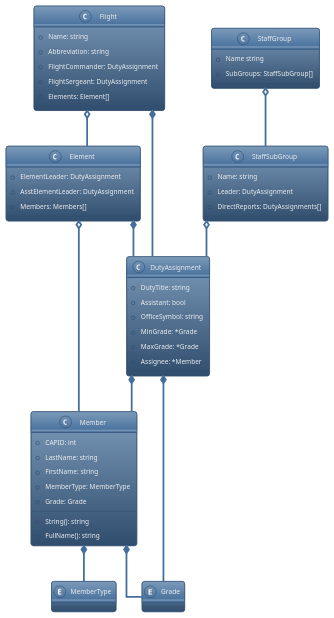
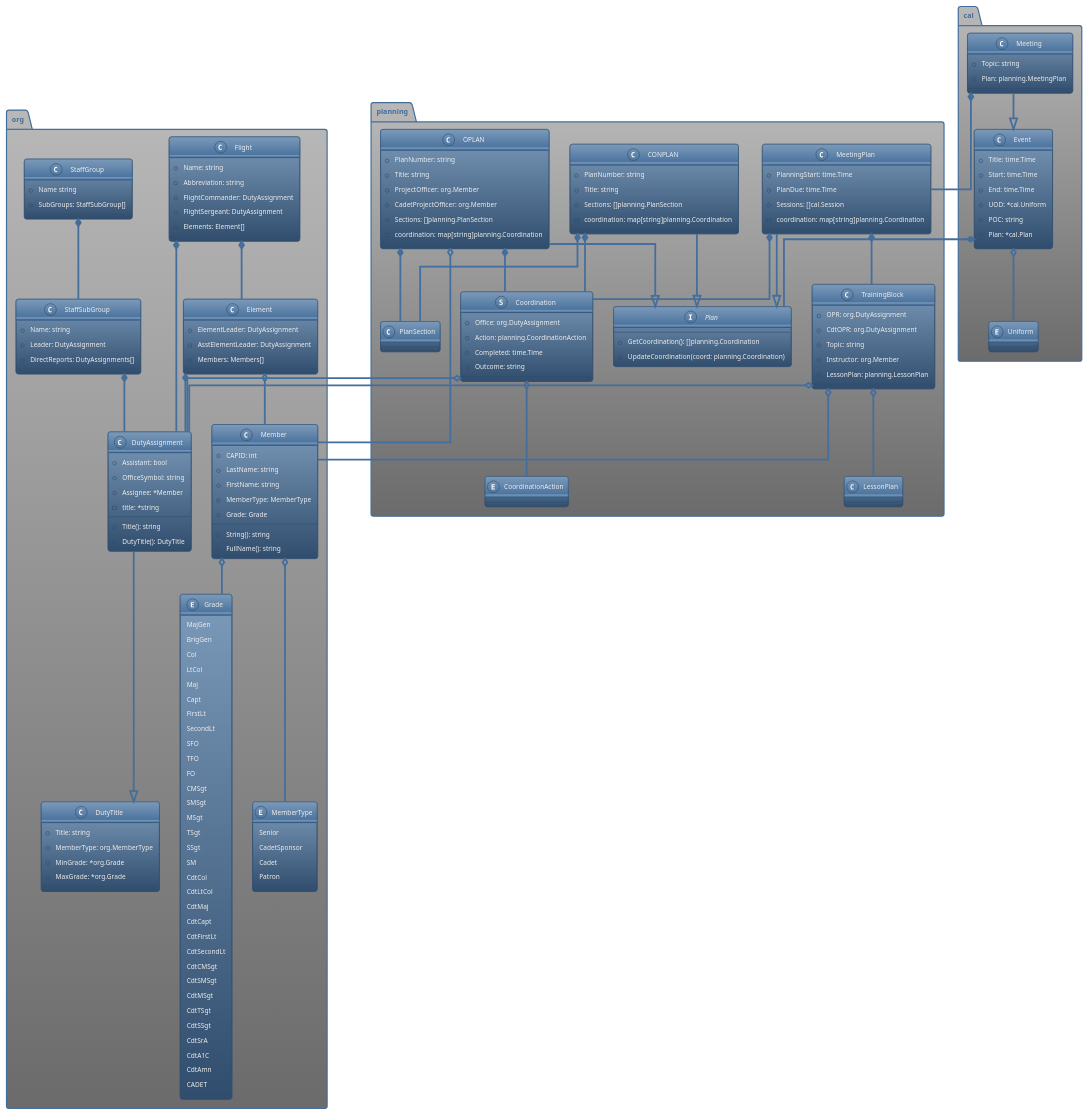
One commit to ut080/bcs-portal changed the diagram in docs/diagrams/domain_model.puml. Above: the diagram before and after it, drawn with PlantUML. The commit also changed 17 other files, not shown here.

```diff
--- a/docs/diagrams/domain_model.puml
+++ b/docs/diagrams/domain_model.puml
@@ -7,22 +7,72 @@
 
     This package is the core pkg model.
 '/
-class DutyAssignment {
-    +DutyTitle: string
+enum org.Grade {
+    MajGen
+    BrigGen
+    Col
+    LtCol
+    Maj
+    Capt
+    FirstLt
+    SecondLt
+    SFO
+    TFO
+    FO
+    CMSgt
+    SMSgt
+    MSgt
+    TSgt
+    SSgt
+    SM
+    CdtCol
+    CdtLtCol
+    CdtMaj
+    CdtCapt
+    CdtFirstLt
+    CdtSecondLt
+    CdtCMSgt
+    CdtSMSgt
+    CdtMSgt
+    CdtTSgt
+    CdtSSgt
+    CdtSrA
+    CdtA1C
+    CdtAmn
+    CADET
+}
+
+enum org.MemberType {
+    Senior
+    CadetSponsor
+    Cadet
+    Patron
+}
+
+class org.DutyTitle {
+    +Title: string
+    +MemberType: org.MemberType
+    +MinGrade: *org.Grade
+    +MaxGrade: *org.Grade
+}
+
+class org.DutyAssignment {
     +Assistant: bool
     +OfficeSymbol: string
-    +MinGrade: *Grade
-    +MaxGrade: *Grade
     +Assignee: *Member
+    -title: *string
+--
+    +Title(): string
+    +DutyTitle(): DutyTitle
 }
 
-class Element {
+class org.Element {
     +ElementLeader: DutyAssignment
     +AsstElementLeader: DutyAssignment
     +Members: Members[]
 }
 
-class Flight {
+class org.Flight {
     +Name: string
     +Abbreviation: string
     +FlightCommander: DutyAssignment
@@ -30,7 +80,7 @@
     +Elements: Element[]
 }
 
-class Member {
+class org.Member {
     +CAPID: int
     +LastName: string
     +FirstName: string
@@ -40,33 +90,135 @@
     +FullName(): string
 }
 
-class StaffGroup {
+class org.StaffGroup {
     +Name string
     +SubGroups: StaffSubGroup[]
 }
 
-class StaffSubGroup {
+class org.StaffSubGroup {
     +Name: string
     +Leader: DutyAssignment
     +DirectReports: DutyAssignments[]
 }
 
-enum Grade
-enum MemberType
+org.DutyAssignment --|> org.DutyTitle
 
-DutyAssignment *-- Grade
-DutyAssignment *-- Member
+org.Element *-- org.DutyAssignment
+org.Element o-- org.Member
 
-Element *-- DutyAssignment
-Element o-- Member
+org.Flight *-- org.DutyAssignment
+org.Flight *-- org.Element
 
-Flight *-- DutyAssignment
-Flight o-- Element
+org.Member o-- org.MemberType
+org.Member o-- org.Grade
 
-Member *-- MemberType
-Member *-- Grade
+org.StaffGroup *-- org.StaffSubGroup
 
-StaffGroup o-- StaffSubGroup
-StaffSubGroup o-- DutyAssignment
+org.StaffSubGroup *-- org.DutyAssignment
+
+/'
+    Calendar Package
+
+    Describes events and squadron meetings.
+'/
+
+enum cal.Uniform
+
+class cal.Event {
+    +Title: time.Time
+    +Start: time.Time
+    +End: time.Time
+    +UOD: *cal.Uniform
+    +POC: string
+    +Plan: *cal.Plan
+}
+
+class cal.Meeting {
+    +Topic: string
+    +Plan: planning.MeetingPlan
+}
+
+cal.Event o-- cal.Uniform
+cal.Event *-- planning.Plan
+
+cal.Meeting --|> cal.Event
+cal.Meeting *-- planning.MeetingPlan
+
+/'
+    Planning package
+
+    Coordinates planning events.
+'/
+enum planning.CoordinationAction
+
+interface planning.Plan {
+--
+    +GetCoordination(): []planning.Coordination
+    +UpdateCoordination(coord: planning.Coordination)
+}
+
+struct planning.Coordination {
+    +Office: org.DutyAssignment
+    +Action: planning.CoordinationAction
+    +Completed: time.Time
+    +Outcome: string
+}
+
+class planning.CONPLAN {
+    +PlanNumber: string
+    +Title: string
+    +Sections: []planning.PlanSection
+    -coordination: map[string]planning.Coordination
+}
+
+class planning.LessonPlan {
+}
+
+class planning.MeetingPlan {
+    +PlanningStart: time.Time
+    +PlanDue: time.Time
+    +Sessions: []cal.Session
+    -coordination: map[string]planning.Coordination
+}
+
+class planning.OPLAN {
+    +PlanNumber: string
+    +Title: string
+    +ProjectOfficer: org.Member
+    +CadetProjectOfficer: org.Member
+    +Sections: []planning.PlanSection
+    -coordination: map[string]planning.Coordination
+}
+
+class planning.PlanSection {
+}
+
+class planning.TrainingBlock {
+    +OPR: org.DutyAssignment
+    +CdtOPR: org.DutyAssignment
+    +Topic: string
+    +Instructor: org.Member
+    +LessonPlan: planning.LessonPlan
+}
+
+planning.Coordination o-- org.DutyAssignment
+planning.Coordination o-- planning.CoordinationAction
+
+planning.CONPLAN --|> planning.Plan
+planning.CONPLAN *-- planning.Coordination
+planning.CONPLAN *-- planning.PlanSection
+
+planning.MeetingPlan --|> planning.Plan
+planning.MeetingPlan *-- planning.Coordination
+planning.MeetingPlan *-- planning.TrainingBlock
+
+planning.OPLAN --|> planning.Plan
+planning.OPLAN *-- planning.Coordination
+planning.OPLAN o-- org.Member
+planning.OPLAN *-- planning.PlanSection
+
+planning.TrainingBlock o-- org.DutyAssignment
+planning.TrainingBlock o-- org.Member
+planning.TrainingBlock o-- planning.LessonPlan
 
 @enduml
```
